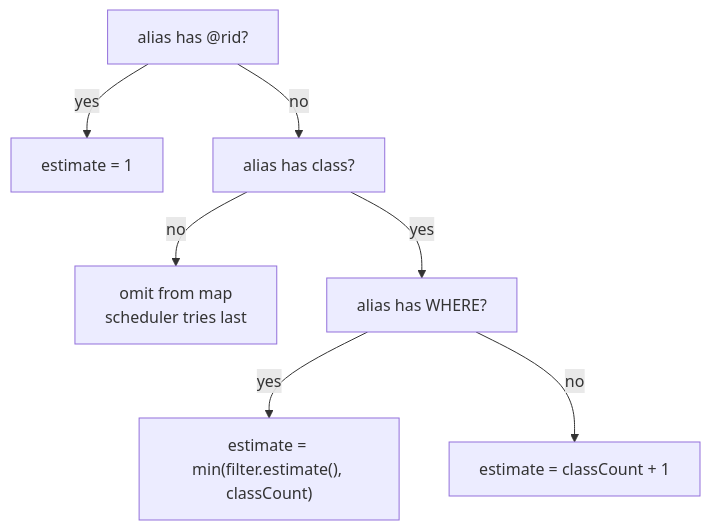
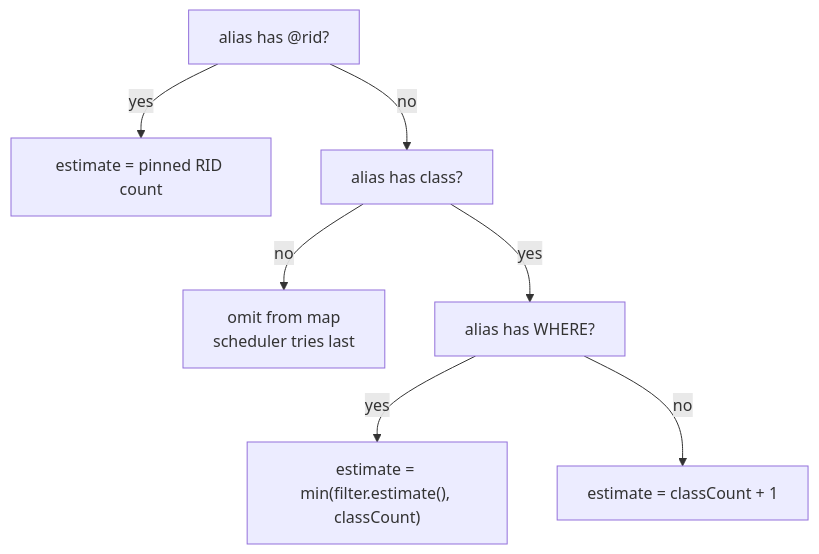
The first of 2 diagrams in docs/yql-internals-book/chapters/09-root-selection.md (JetBrains/youtrackdb), drawn with Mermaid before and after one commit. The commit also changed other lines of this file and 21 other files, not shown here.

````diff
--- a/docs/yql-internals-book/chapters/09-root-selection.md
+++ b/docs/yql-internals-book/chapters/09-root-selection.md
@@ -112,9 +115,9 @@
 ```mermaid
 flowchart TD
-    A[alias has @rid?] -- yes --> B[estimate = 1]
+    A[alias has @rid?] -- yes --> B[estimate = pinned RID count]
     A -- no --> C[alias has class?]
     C -- no --> D[omit from map\nscheduler tries last]
     C -- yes --> E[alias has WHERE?]
     E -- yes --> F["estimate = min(filter.estimate(), classCount)"]
     E -- no --> G["estimate = classCount + 1"]
 ```
````
